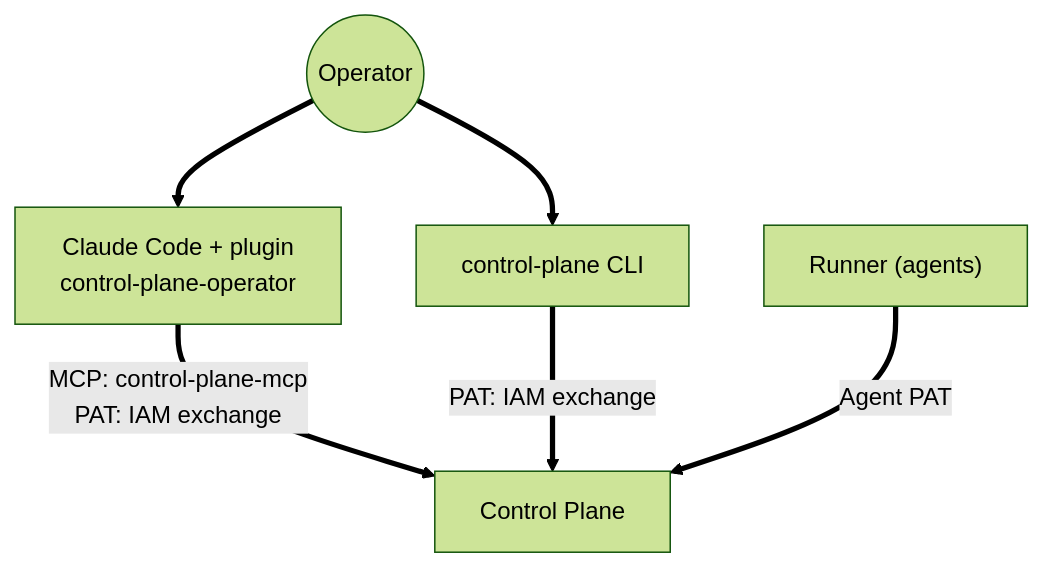
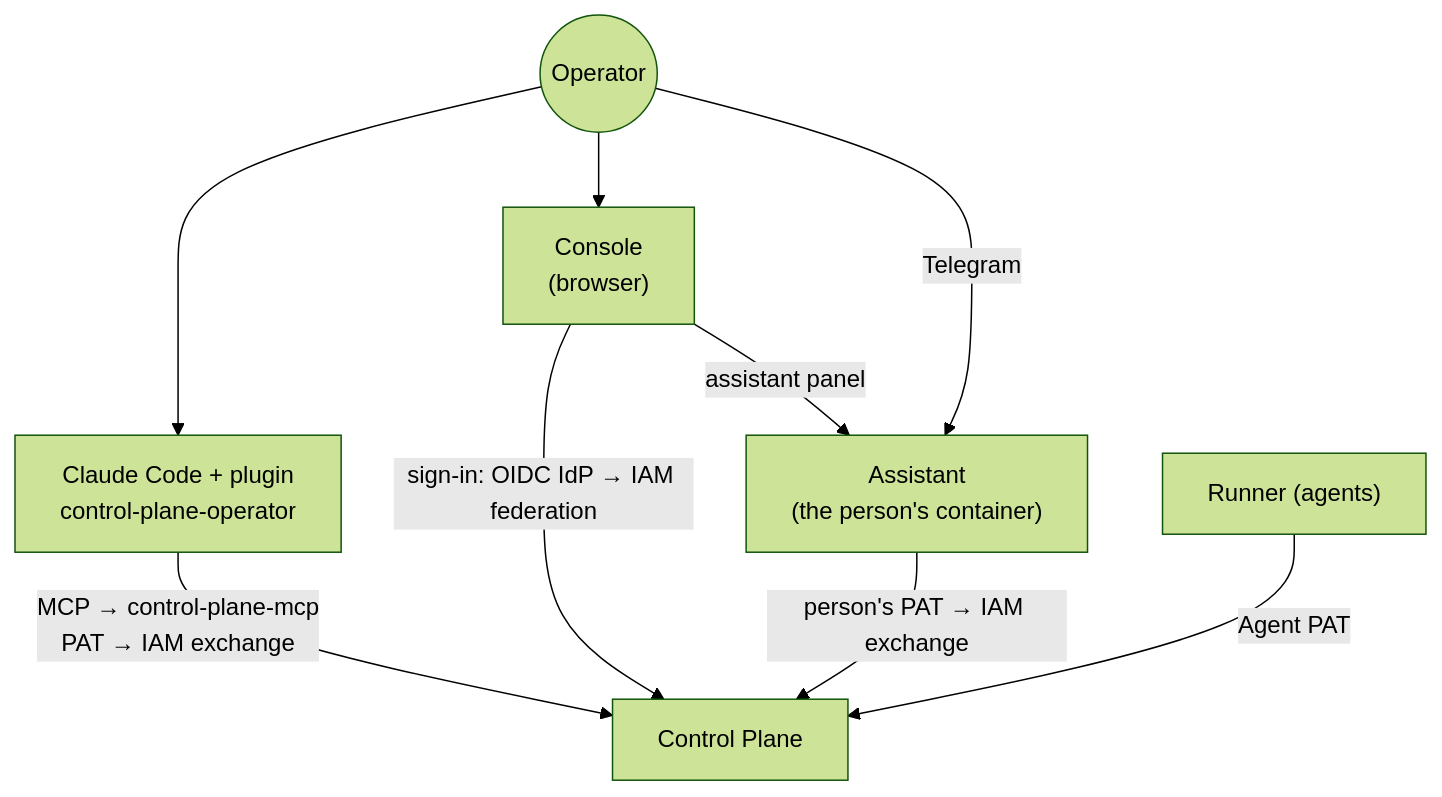
One commit to taimen-ai/taimen changed the diagram in guide/docs/operator/index.md. Above: the diagram before and after it, drawn with Mermaid (forest theme). The commit also changed other lines of this file and 123 other files, not shown here.

First line of the commit message:
guide: fleet, console, assistant and Keycloak sign-in in the public guide

````diff
--- a/guide/docs/operator/index.md
+++ b/guide/docs/operator/index.md
@@ -31,9 +32,12 @@
 ```mermaid
 flowchart TB
     H(("Operator"))
-    H ==> P["Claude Code + plugin<br/>control-plane-operator"]
-    H ==> L["control-plane CLI"]
-    P == "MCP: control-plane-mcp<br/>PAT: IAM exchange" ==> CP["Control Plane"]
-    L == "PAT: IAM exchange" ==> CP
-    R["Runner (agents)"] == "Agent PAT" ==> CP
+    H --> P["Claude Code + plugin<br/>control-plane-operator"]
+    P -- "MCP → control-plane-mcp<br/>PAT → IAM exchange" --> CP["Control Plane"]
+    H --> K["Console<br/>(browser)"]
+    K -- "sign-in: OIDC IdP → IAM federation" --> CP
+    K -- "assistant panel" --> A["Assistant<br/>(the person's container)"]
+    H -- "Telegram" --> A
+    A -- "person's PAT → IAM exchange" --> CP
+    R["Runner (agents)"] -- "Agent PAT" --> CP
 ```
````
